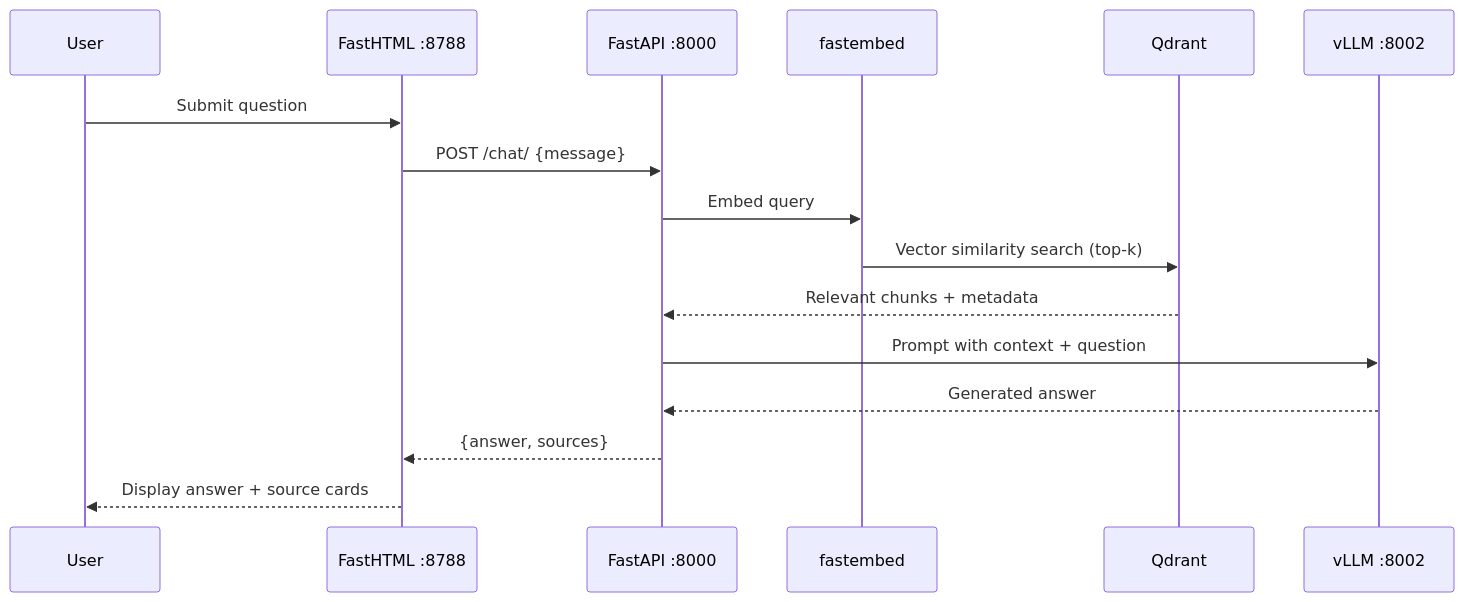
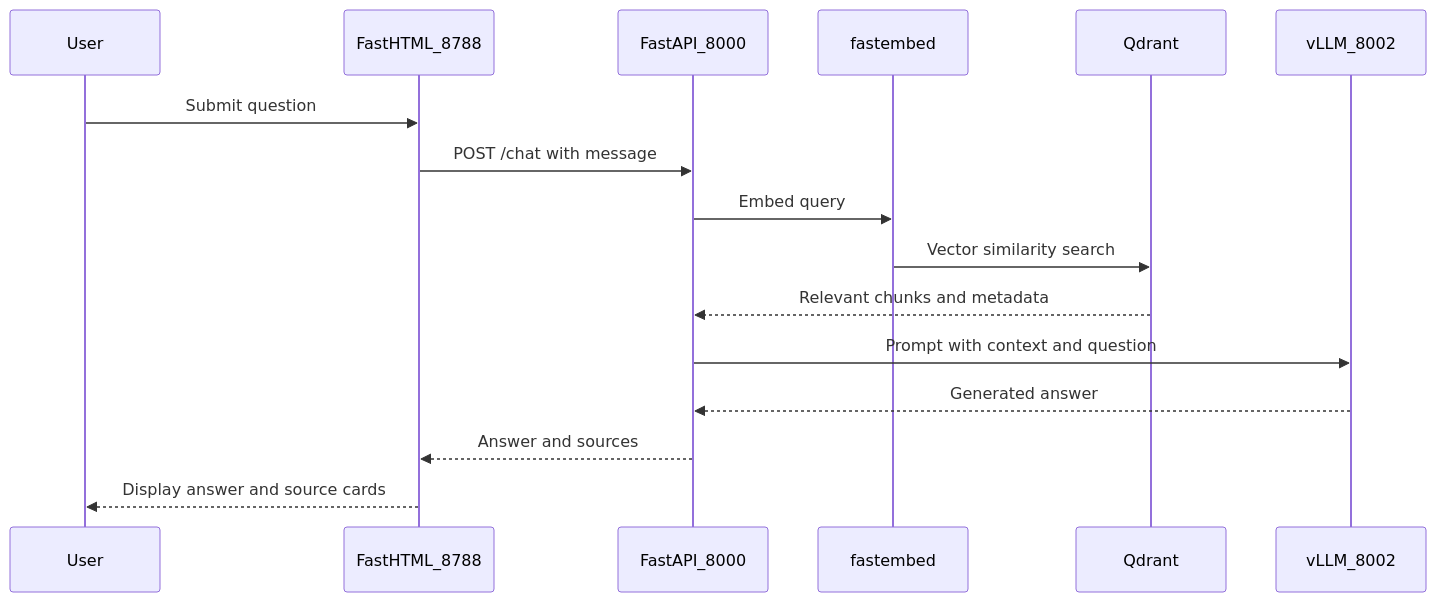
The third of 4 diagrams in README.md (seCRet-blip/RAG-project), drawn with Mermaid before and after one commit. The commit also changed other lines of this file, not shown here.

````diff
--- a/README.md
+++ b/README.md
@@ -115,19 +115,19 @@
 ```mermaid
 sequenceDiagram
     participant U as User
-    participant F as FastHTML :8788
-    participant A as FastAPI :8000
+    participant F as FastHTML_8788
+    participant A as FastAPI_8000
     participant E as fastembed
     participant Q as Qdrant
-    participant V as vLLM :8002
+    participant V as vLLM_8002
 
     U->>F: Submit question
-    F->>A: POST /chat/ {message}
+    F->>A: POST /chat with message
     A->>E: Embed query
-    E->>Q: Vector similarity search (top-k)
-    Q-->>A: Relevant chunks + metadata
-    A->>V: Prompt with context + question
+    E->>Q: Vector similarity search
+    Q-->>A: Relevant chunks and metadata
+    A->>V: Prompt with context and question
     V-->>A: Generated answer
-    A-->>F: {answer, sources}
-    F-->>U: Display answer + source cards
+    A-->>F: Answer and sources
+    F-->>U: Display answer and source cards
 ```
````
